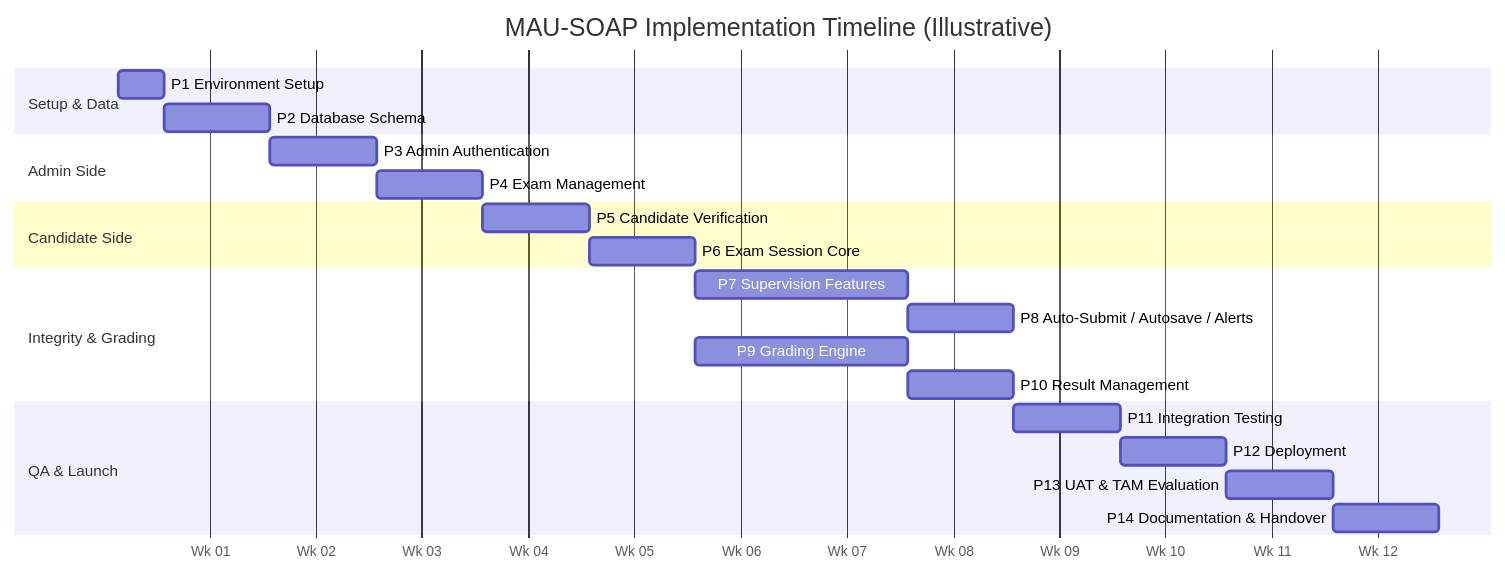
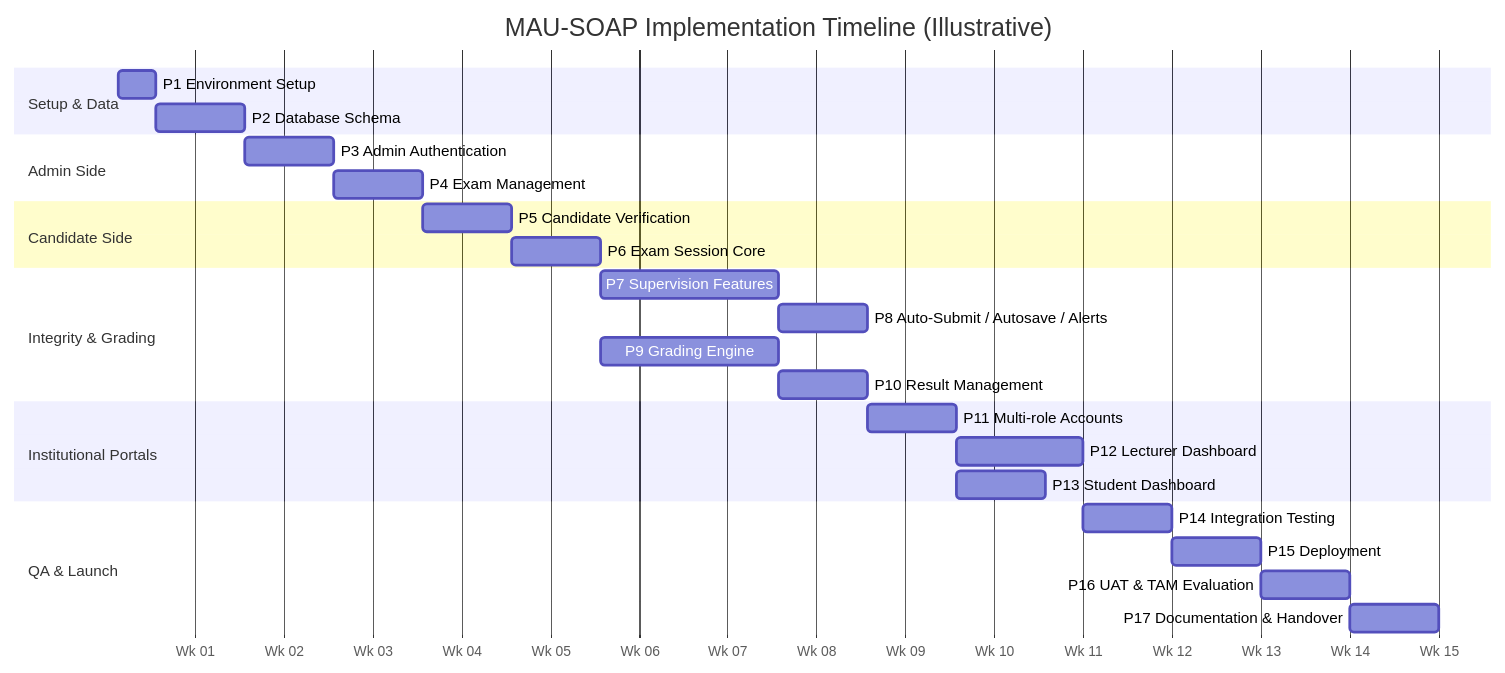
Before and after one commit to Jedid1ahh/MAU-SOAP: the diagram in docs/specifications/Phases.md, drawn with Mermaid. The commit also changed other lines of this file and 44 other files, not shown here.

Commit message:
feat: add multi-role account foundation

````diff
--- a/docs/specifications/Phases.md
+++ b/docs/specifications/Phases.md
@@ -26,30 +26,35 @@
 ```mermaid
 gantt
     title MAU-SOAP Implementation Timeline (Illustrative)
     dateFormat  YYYY-MM-DD
     axisFormat  Wk %W
 
     section Setup & Data
     P1 Environment Setup            :p1, 2026-01-05, 3d
     P2 Database Schema              :p2, after p1, 7d
 
     section Admin Side
     P3 Admin Authentication         :p3, after p2, 7d
     P4 Exam Management              :p4, after p3, 7d
 
     section Candidate Side
     P5 Candidate Verification       :p5, after p4, 7d
     P6 Exam Session Core            :p6, after p5, 7d
 
     section Integrity & Grading
     P7 Supervision Features         :p7, after p6, 14d
     P8 Auto-Submit / Autosave / Alerts :p8, after p7, 7d
     P9 Grading Engine               :p9, after p6, 14d
     P10 Result Management           :p10, after p9, 7d
 
+    section Institutional Portals
+    P11 Multi-role Accounts         :p11, after p10, 7d
+    P12 Lecturer Dashboard          :p12, after p11, 10d
+    P13 Student Dashboard           :p13, after p11, 7d
+
     section QA & Launch
-    P11 Integration Testing         :p11, after p8 p10, 7d
-    P12 Deployment                  :p12, after p11, 7d
-    P13 UAT & TAM Evaluation        :p13, after p12, 7d
-    P14 Documentation & Handover    :p14, after p13, 7d
+    P14 Integration Testing         :p14, after p12 p13, 7d
+    P15 Deployment                  :p15, after p14, 7d
+    P16 UAT & TAM Evaluation        :p16, after p15, 7d
+    P17 Documentation & Handover    :p17, after p16, 7d
 ```
````
